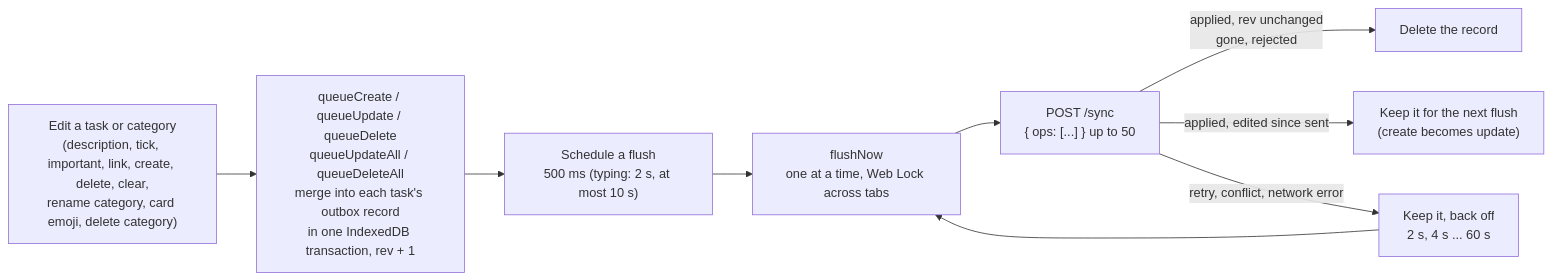
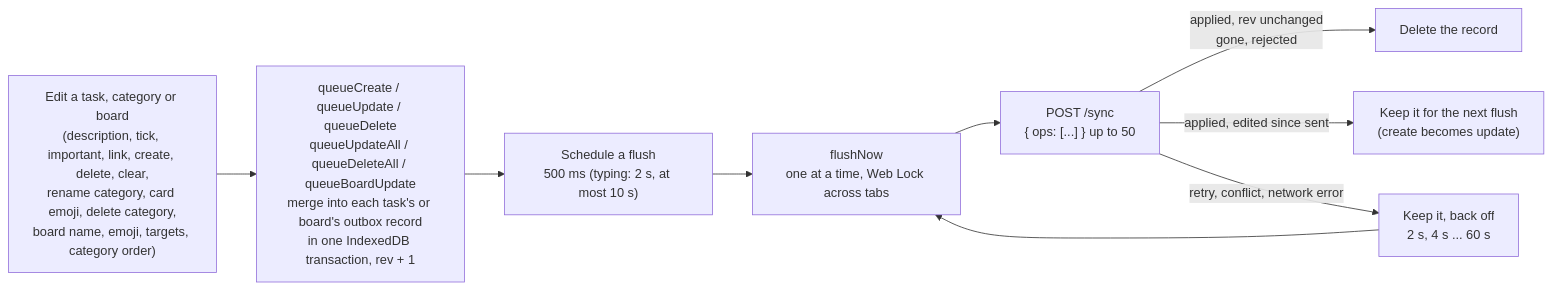
The sixth of 9 diagrams in ARCHITECTURE.md (TomBenjaminMorris/listpal-frontend), drawn with Mermaid before and after one commit. The commit also changed other lines of this file and 10 other files, not shown here.

First line of the commit message:
Queue board settings through the sync outbox

````diff
--- a/ARCHITECTURE.md
+++ b/ARCHITECTURE.md
@@ -254,11 +255,11 @@
 ```mermaid
 flowchart LR
-    E["Edit a task or category<br/>(description, tick, important, link, create, delete, clear,<br/>rename category, card emoji, delete category)"] --> Q["queueCreate / queueUpdate / queueDelete<br/>queueUpdateAll / queueDeleteAll<br/>merge into each task's outbox record<br/>in one IndexedDB transaction, rev + 1"]
+    E["Edit a task, category or board<br/>(description, tick, important, link, create, delete, clear,<br/>rename category, card emoji, delete category,<br/>board name, emoji, targets, category order)"] --> Q["queueCreate / queueUpdate / queueDelete<br/>queueUpdateAll / queueDeleteAll / queueBoardUpdate<br/>merge into each task's or board's outbox record<br/>in one IndexedDB transaction, rev + 1"]
     Q --> S["Schedule a flush<br/>500 ms (typing: 2 s, at most 10 s)"]
     S --> F["flushNow<br/>one at a time, Web Lock across tabs"]
     F --> P["POST /sync<br/>{ ops: [...] } up to 50"]
     P -->|"applied, rev unchanged<br/>gone, rejected"| D["Delete the record"]
     P -->|"applied, edited since sent"| K["Keep it for the next flush<br/>(create becomes update)"]
     P -->|"retry, conflict, network error"| B["Keep it, back off<br/>2 s, 4 s ... 60 s"]
     B --> F
 ```
````
